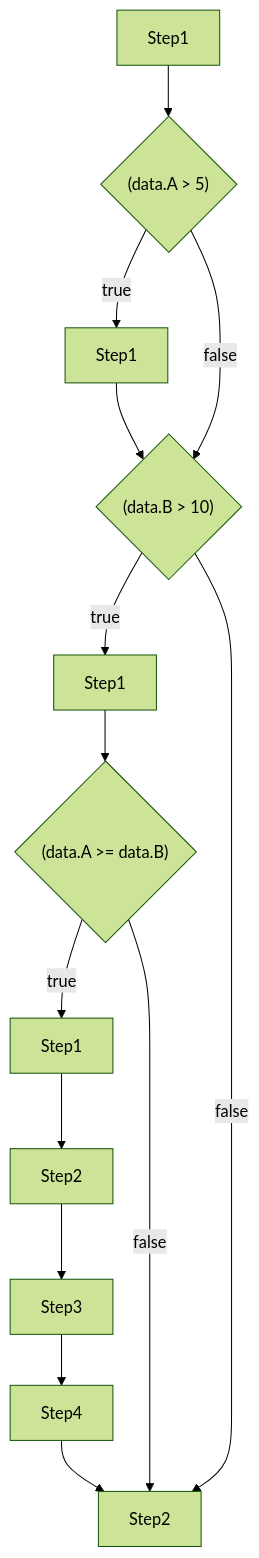
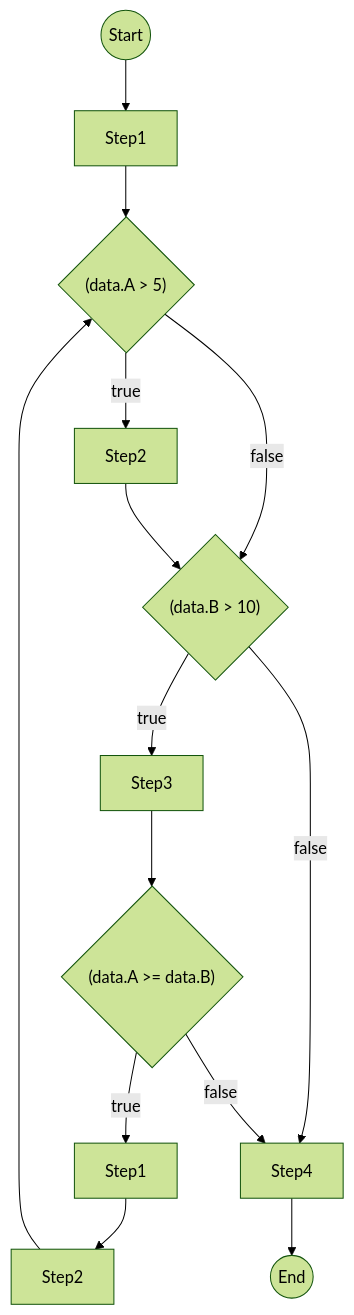
Before and after one commit to step-flow-platform/step-flow-core: the second of 2 diagrams in README.md, drawn with Mermaid (forest theme). The commit also changed other lines of this file and 5 other files, not shown here.

Commit message:
Refactor flowchart generator

````diff
--- a/README.md
+++ b/README.md
@@ -29,28 +28,28 @@
 ```mermaid
 flowchart TB
-node1[Step1]
-node2{"(data.A > 5)"}
-node3[Step1]
-node4{"(data.B > 10)"}
-node5[Step1]
-node6{"(data.A >= data.B)"}
-node7[Step1]
-node8[Step2]
-node9[Step3]
-node10[Step4]
-node11[Step2]
+startNode((Start))
+node2[Step1]
+label1{"(data.A > 5)"}
+node4[Step2]
+node5{"(data.B > 10)"}
+node6[Step3]
+node7{"(data.A >= data.B)"}
+node8[Step1]
+node9[Step2]
+node11[Step4]
+endNode((End))
 
-node1 --> node2
-node2 -->|true| node3
-node3 --> node4
-node2 -->|false| node4
-node4 -->|true| node5
-node5 --> node6
-node6 -->|true| node7
-node7 --> node8
+startNode --> node2
+node2 --> label1
+label1 -->|true| node4
+label1 -->|false| node5
+node4 --> node5
+node5 -->|true| node6
+node5 -->|false| node11
+node6 --> node7
+node7 -->|true| node8
+node7 -->|false| node11
 node8 --> node9
-node9 --> node10
-node10 --> node11
-node4 -->|false| node11
-node6 -->|false| node11
+node9 --> label1
+node11 --> endNode
 ```
````
